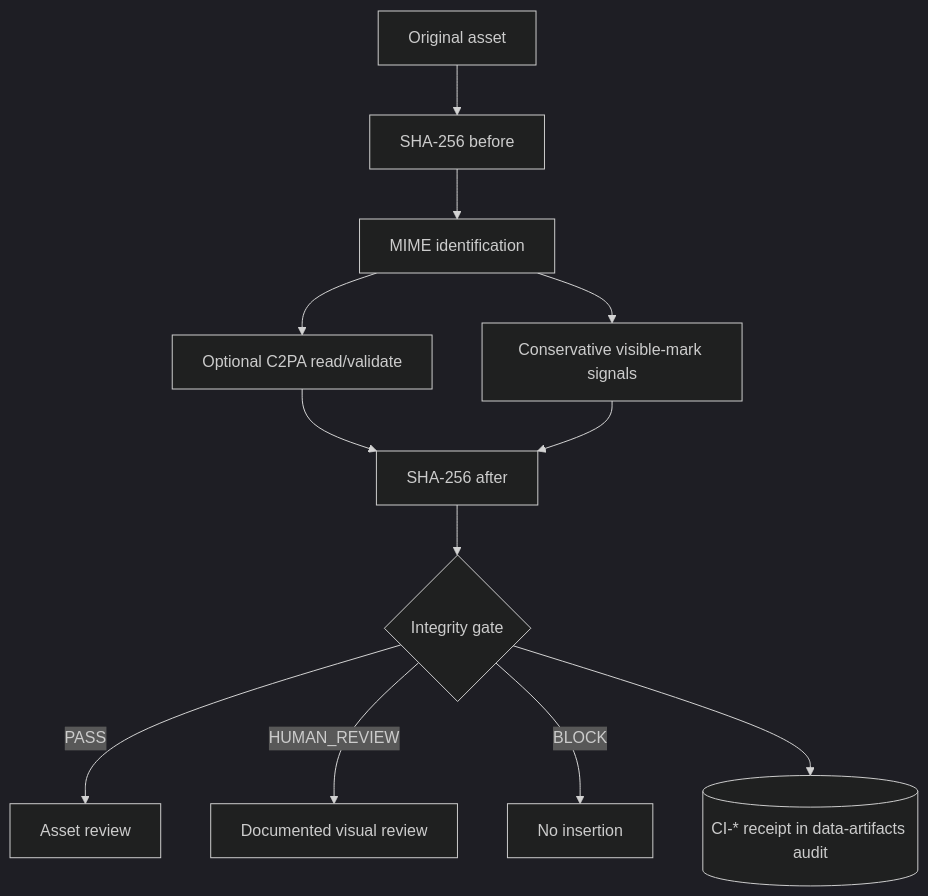
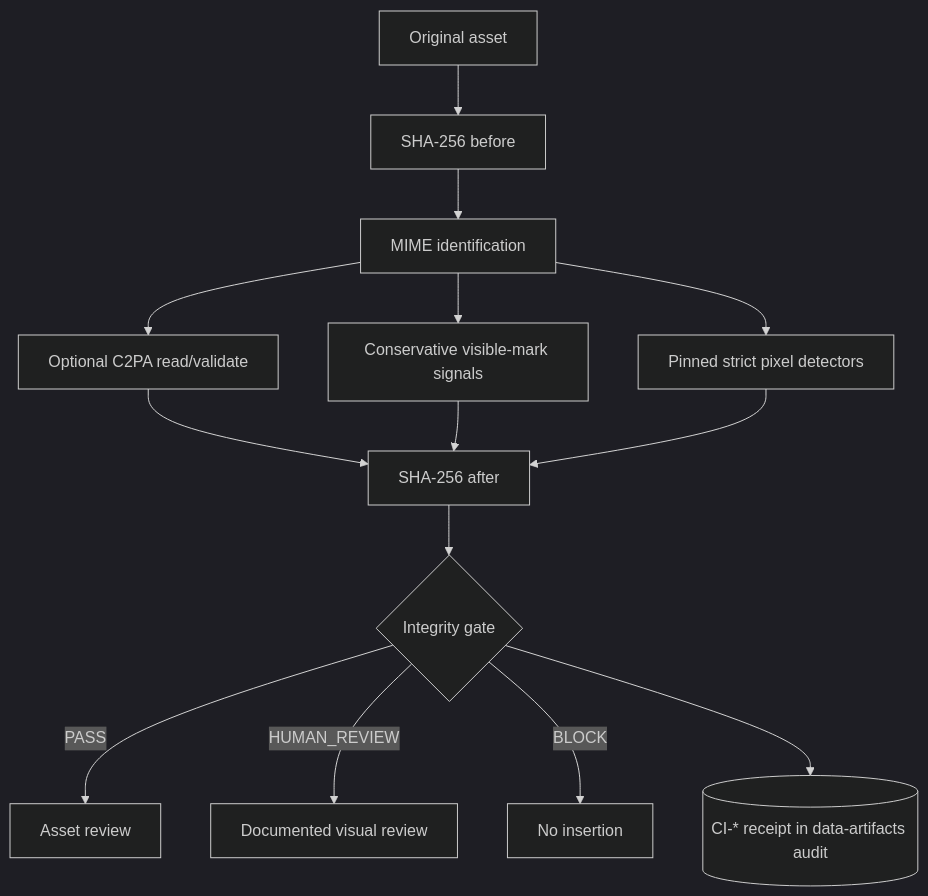
Before and after one commit to u9401066/med-paper-assistant: the second of 2 diagrams in docs/wiki/mcp2-content-integrity.md, drawn with Mermaid (dark theme). The commit also changed other lines of this file and 23 other files, not shown here.

````diff
--- a/docs/wiki/mcp2-content-integrity.md
+++ b/docs/wiki/mcp2-content-integrity.md
@@ -33,13 +33,14 @@
 ```mermaid
 flowchart TD
     Asset[Original asset] --> H1[SHA-256 before]
     H1 --> Mime[MIME identification]
     Mime --> C2PA[Optional C2PA read/validate]
     Mime --> Visible[Conservative visible-mark signals]
-    C2PA & Visible --> H2[SHA-256 after]
+    Mime --> Package[Pinned strict pixel detectors]
+    C2PA & Visible & Package --> H2[SHA-256 after]
     H2 --> Gate{Integrity gate}
     Gate -->|PASS| Review[Asset review]
     Gate -->|HUMAN_REVIEW| Human[Documented visual review]
     Gate -->|BLOCK| Stop[No insertion]
     Gate --> Receipt[(CI-* receipt in data-artifacts audit)]
 ```
````
